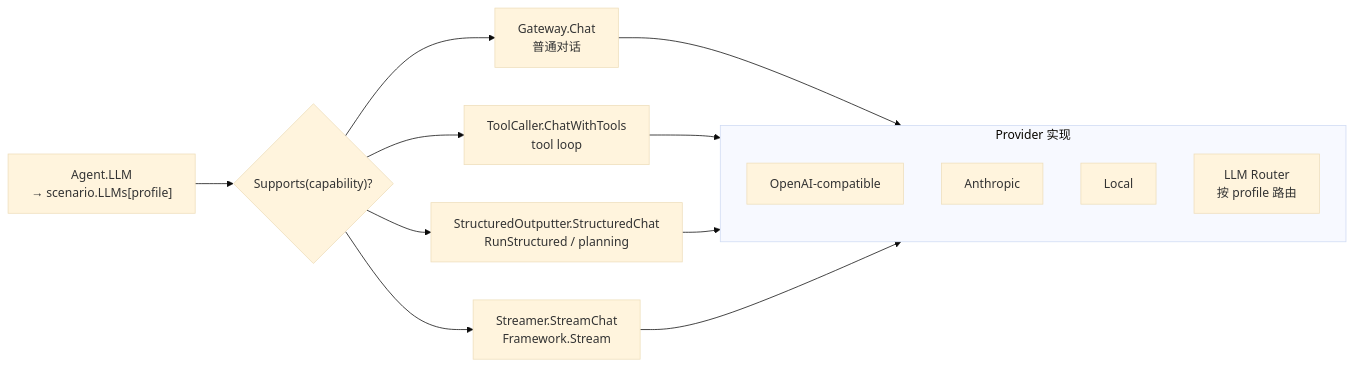
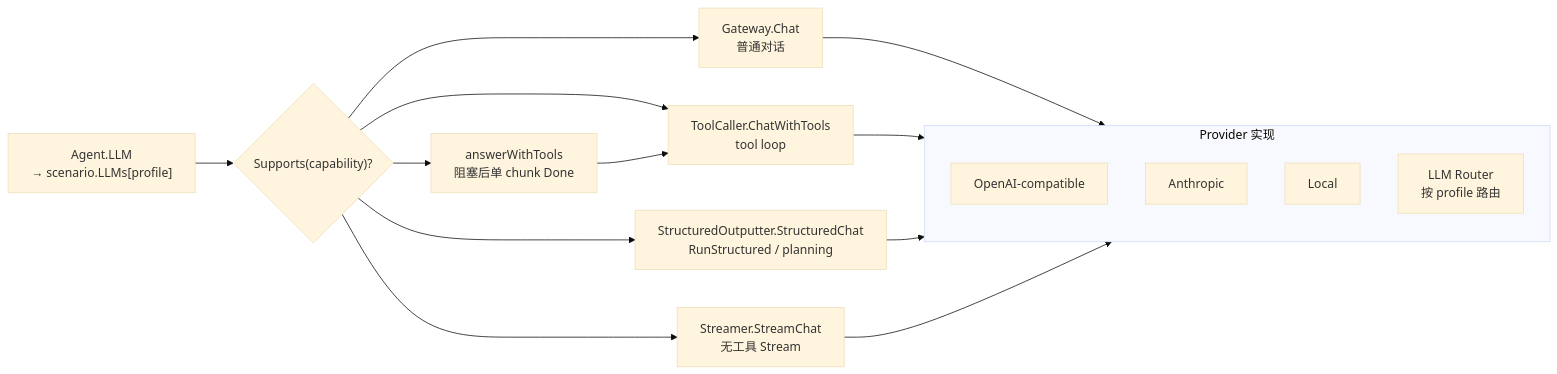
One commit to aijustin/agentflow-go changed the sixth of 11 diagrams in docs/orchestration-flow.md. Above: the diagram before and after it, drawn with Mermaid (base theme). The commit also changed other lines of this file and 38 other files, not shown here.

````diff
--- a/docs/orchestration-flow.md
+++ b/docs/orchestration-flow.md
@@ -209,20 +209,22 @@
 ```mermaid
 flowchart LR
     AG["Agent.LLM<br/>→ scenario.LLMs[profile]"] --> CAP{"Supports(capability)?"}
     CAP --> CHAT["Gateway.Chat<br/>普通对话"]
     CAP --> TOOLS["ToolCaller.ChatWithTools<br/>tool loop"]
     CAP --> STRUCT["StructuredOutputter.StructuredChat<br/>RunStructured / planning"]
-    CAP --> STREAM["Streamer.StreamChat<br/>Framework.Stream"]
+    CAP --> STREAM["Streamer.StreamChat<br/>无工具 Stream"]
+    CAP --> STREAM_TOOL["answerWithTools<br/>阻塞后单 chunk Done"]
 
     subgraph PROVIDERS["Provider 实现"]
         OAI["OpenAI-compatible"]
         ANT["Anthropic"]
         LOC["Local"]
         RTR["LLM Router<br/>按 profile 路由"]
     end
 
     CHAT --> PROVIDERS
     TOOLS --> PROVIDERS
     STRUCT --> PROVIDERS
     STREAM --> PROVIDERS
+    STREAM_TOOL --> TOOLS
 ```
````
